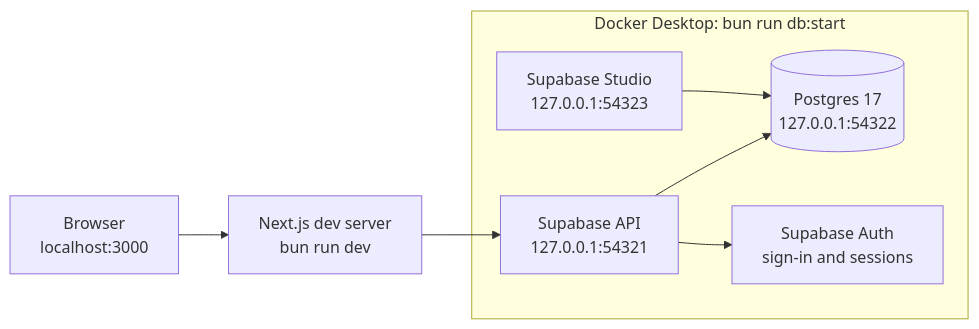
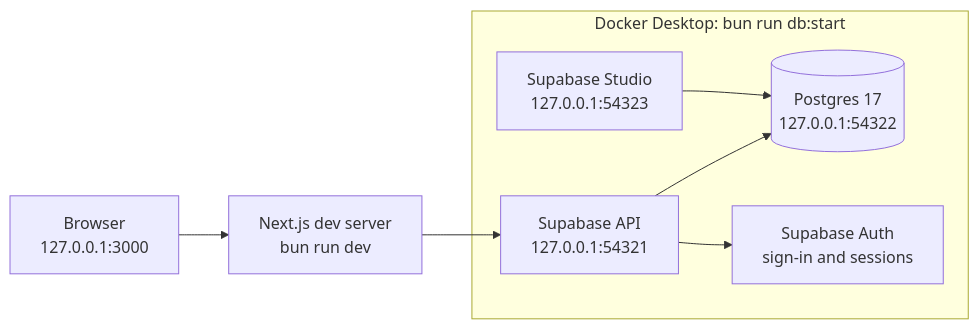
Before and after one commit to chuan-khuna/gumrai: the first of 2 diagrams in docs/documents/ONBOARDING.md, drawn with Mermaid. The commit also changed other lines of this file and 6 other files, not shown here.

````diff
--- a/docs/documents/ONBOARDING.md
+++ b/docs/documents/ONBOARDING.md
@@ -9,10 +9,10 @@
 ```mermaid
 flowchart LR
-	you["Browser<br/>localhost:3000"] --> next["Next.js dev server<br/>bun run dev"]
+	you["Browser<br/>127.0.0.1:3000"] --> next["Next.js dev server<br/>bun run dev"]
 	next --> api["Supabase API<br/>127.0.0.1:54321"]
 	subgraph docker["Docker Desktop: bun run db:start"]
 		api --> db[("Postgres 17<br/>127.0.0.1:54322")]
 		api --> auth["Supabase Auth<br/>sign-in and sessions"]
 		studio["Supabase Studio<br/>127.0.0.1:54323"] --> db
 	end
 ```
````
